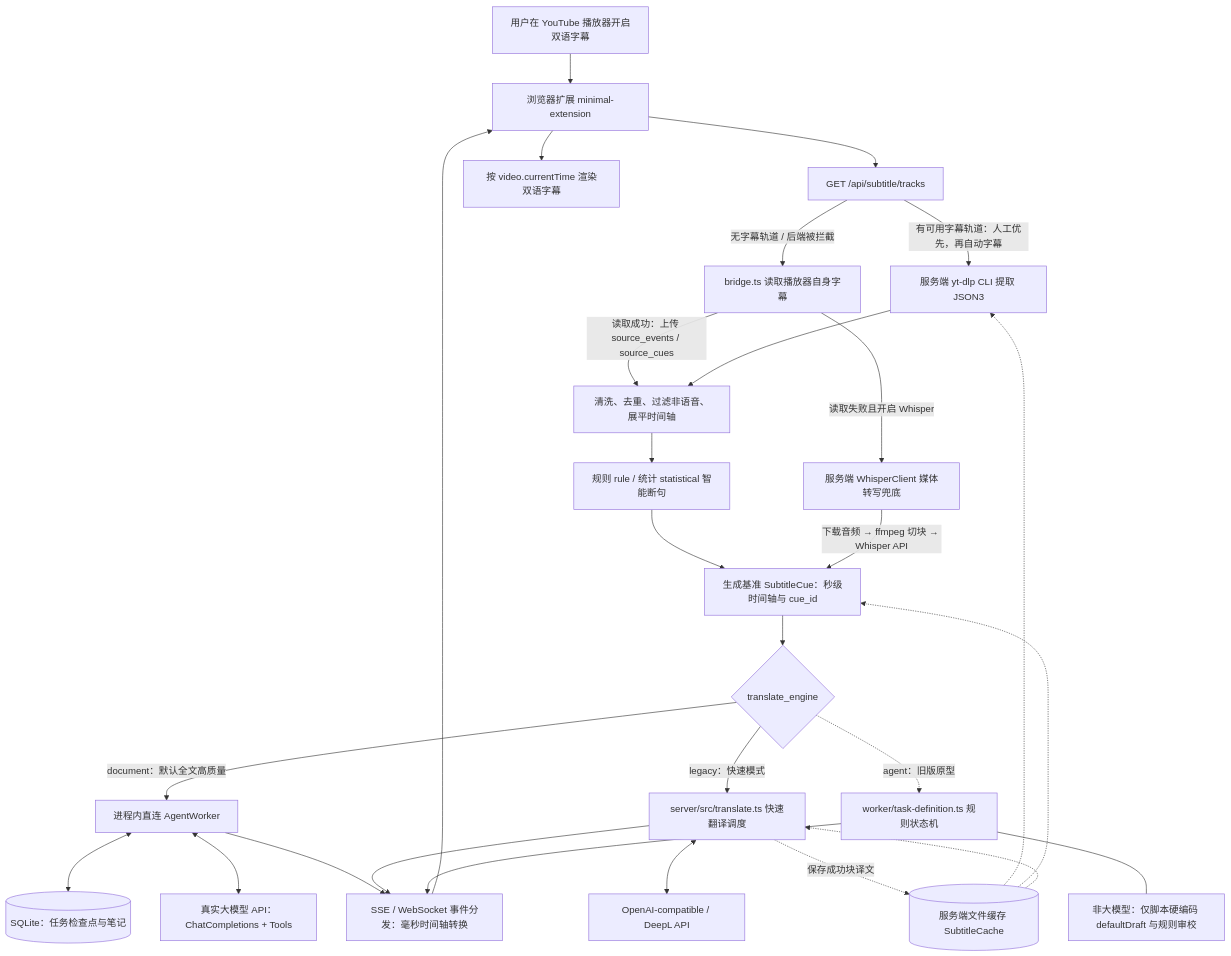
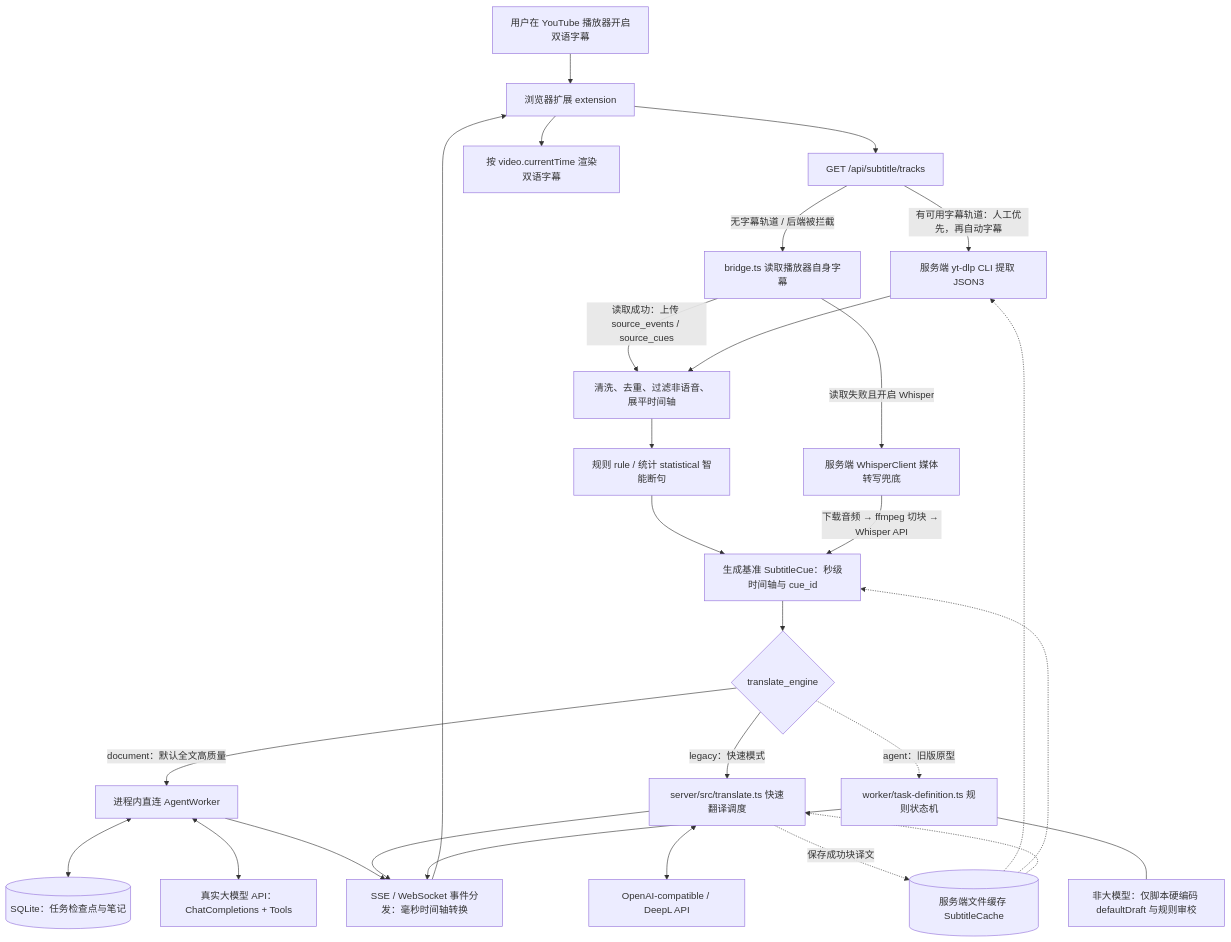
The first of 2 diagrams in docs/translation-architecture.md (midastruth/youtube-translator), drawn with Mermaid before and after one commit. The commit also changed other lines of this file and 38 other files, not shown here.

First line of the commit message:
Rename minimal-extension directory to extension

````diff
--- a/docs/translation-architecture.md
+++ b/docs/translation-architecture.md
@@ -11,36 +11,36 @@
 ```mermaid
 flowchart TD
-    U[用户在 YouTube 播放器开启双语字幕] --> E[浏览器扩展 minimal-extension]
+    U[用户在 YouTube 播放器开启双语字幕] --> E[浏览器扩展 extension]
     E --> T[GET /api/subtitle/tracks]
     T -->|有可用字幕轨道：人工优先，再自动字幕| Y[服务端 yt-dlp CLI 提取 JSON3]
     T -->|无字幕轨道 / 后端被拦截| B[bridge.ts 读取播放器自身字幕]
     B -->|读取成功：上传 source_events / source_cues| P[清洗、去重、过滤非语音、展平时间轴]
     Y --> P
     P --> S[规则 rule / 统计 statistical 智能断句]
     S --> C[生成基准 SubtitleCue：秒级时间轴与 cue_id]
     B -->|读取失败且开启 Whisper| W[服务端 WhisperClient 媒体转写兜底]
     W -->|下载音频 → ffmpeg 切块 → Whisper API| C
     
     C --> Q{translate_engine}
     
     Q -->|document：默认全文高质量| DW[进程内直连 AgentWorker]
     DW <--> DB[(SQLite：任务检查点与笔记)]
     DW <--> LLM[真实大模型 API：ChatCompletions + Tools]
     
     Q -->|legacy：快速模式| L[server/src/translate.ts 快速翻译调度]
     L <--> API[OpenAI-compatible / DeepL API]
     
     Q -.->|agent：旧版原型| AG[worker/task-definition.ts 规则状态机]
     AG --- NOTE[非大模型：仅脚本硬编码 defaultDraft 与规则审校]
     
     DW --> SSE[SSE / WebSocket 事件分发：毫秒时间轴转换]
     L --> SSE
     AG --> SSE
     SSE --> E
     E --> R[按 video.currentTime 渲染双语字幕]
     
     FC[(服务端文件缓存 SubtitleCache)] -.-> Y
     FC -.-> C
     FC -.-> L
     L -.->|保存成功块译文| FC
 ```
````
